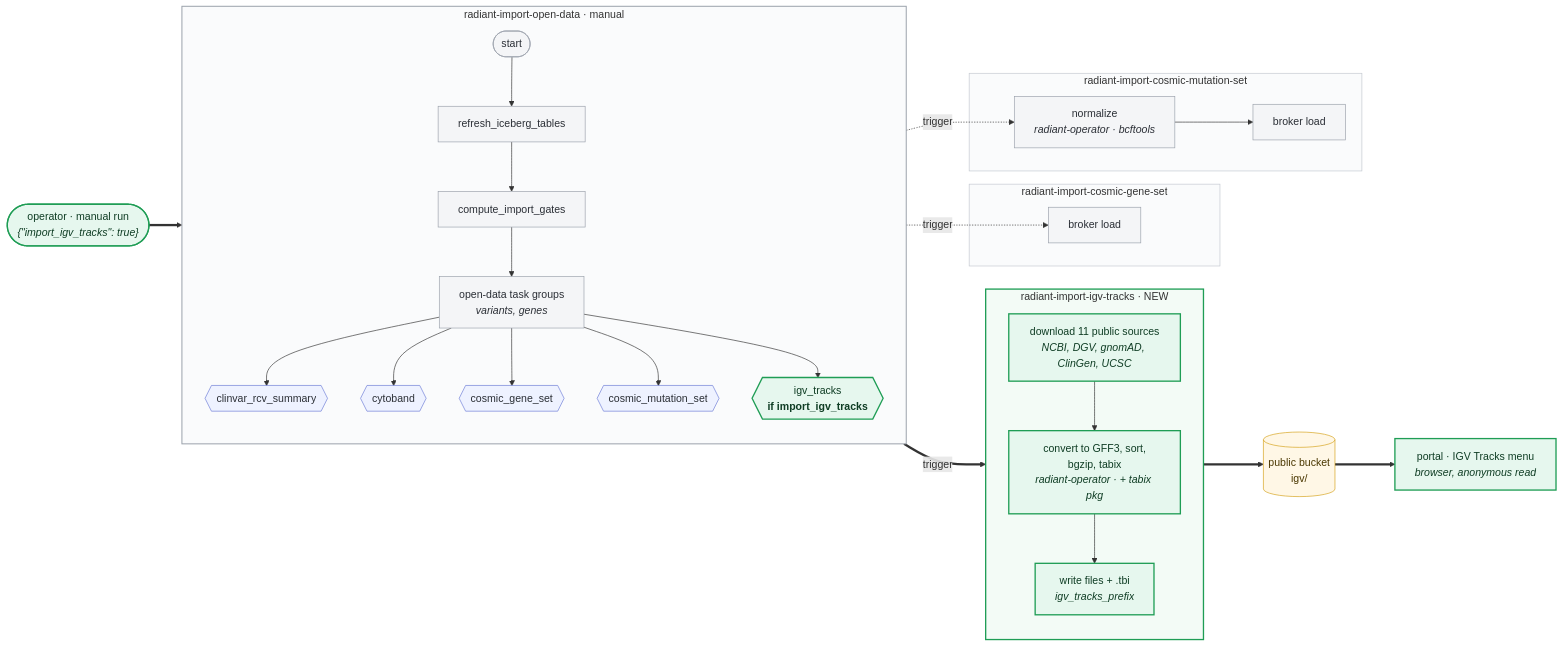
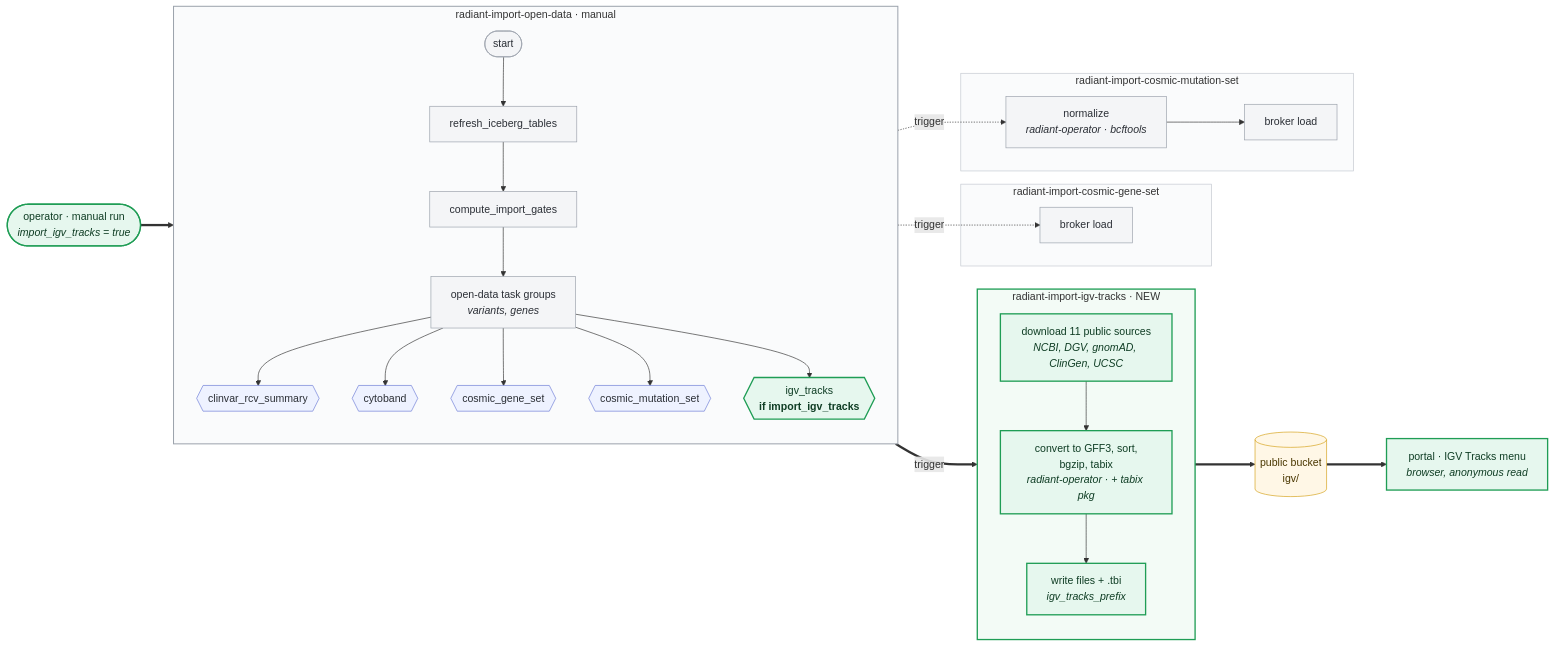
One commit to radiant-network/radiant-hub changed the diagram in docs/features/RAD-30-igv-cnv-tracks.md. Above: the diagram before and after it, drawn with Mermaid.

Commit message:
feat: rad-30 fix diag

````diff
--- a/docs/features/RAD-30-igv-cnv-tracks.md
+++ b/docs/features/RAD-30-igv-cnv-tracks.md
@@ -255,55 +255,55 @@
 ```mermaid
 flowchart LR
-  OPS(["operator · manual run<br/><i>{&quot;import_igv_tracks&quot;: true}</i>"])
+  OPS(["operator · manual run<br/><i>import_igv_tracks = true</i>"])
 
   subgraph IOD["radiant-import-open-data · manual"]
     direction TB
     S([start]) --> T1["refresh_iceberg_tables"]
     T1 --> T2["compute_import_gates"]
     T2 --> T3["open-data task groups<br/><i>variants, genes</i>"]
     T3 --> B1{{"clinvar_rcv_summary"}}
     T3 --> B2{{"cytoband"}}
     T3 --> B3{{"cosmic_gene_set"}}
     T3 --> B4{{"cosmic_mutation_set"}}
     T3 --> B5{{"igv_tracks<br/><b>if import_igv_tracks</b>"}}
   end
 
   subgraph CGS["radiant-import-cosmic-gene-set"]
     C1["broker load"]
   end
 
   subgraph CMS["radiant-import-cosmic-mutation-set"]
     M1["normalize<br/><i>radiant-operator · bcftools</i>"] --> M2["broker load"]
   end
 
   subgraph IGV["radiant-import-igv-tracks · NEW"]
     direction TB
     I1["download 11 public sources<br/><i>NCBI, DGV, gnomAD, ClinGen, UCSC</i>"]
     I1 --> I2["convert to GFF3, sort,<br/>bgzip, tabix<br/><i>radiant-operator · + tabix pkg</i>"]
     I2 --> I3["write files + .tbi<br/><i>igv_tracks_prefix</i>"]
   end
 
   BUCKET[("public bucket<br/>igv/")]
   UI["portal · IGV Tracks menu<br/><i>browser, anonymous read</i>"]
 
   OPS ==> S
   B3 -. trigger .-> C1
   B4 -. trigger .-> M1
   B5 == trigger ==> I1
   I3 ==> BUCKET
   BUCKET ==> UI
 
   classDef existing fill:#f4f5f7,stroke:#9aa1ab,color:#2b2f36
   classDef branch fill:#eef2ff,stroke:#6b7bd6,color:#2b2f36
   classDef new fill:#e6f7ee,stroke:#1f9d55,stroke-width:2px,color:#0f3d24
   classDef store fill:#fff7e6,stroke:#d4a017,color:#4a3700
 
   class S,T1,T2,T3,C1,M1,M2 existing
   class B1,B2,B3,B4 branch
   class OPS,B5,I1,I2,I3,UI new
   class BUCKET store
   style IGV fill:#f3fbf6,stroke:#1f9d55,stroke-width:2px
   style IOD fill:#fafbfc,stroke:#9aa1ab,stroke-width:1.5px
   style CGS fill:#fafbfc,stroke:#c3c8cf
   style CMS fill:#fafbfc,stroke:#c3c8cf
 ```
````
